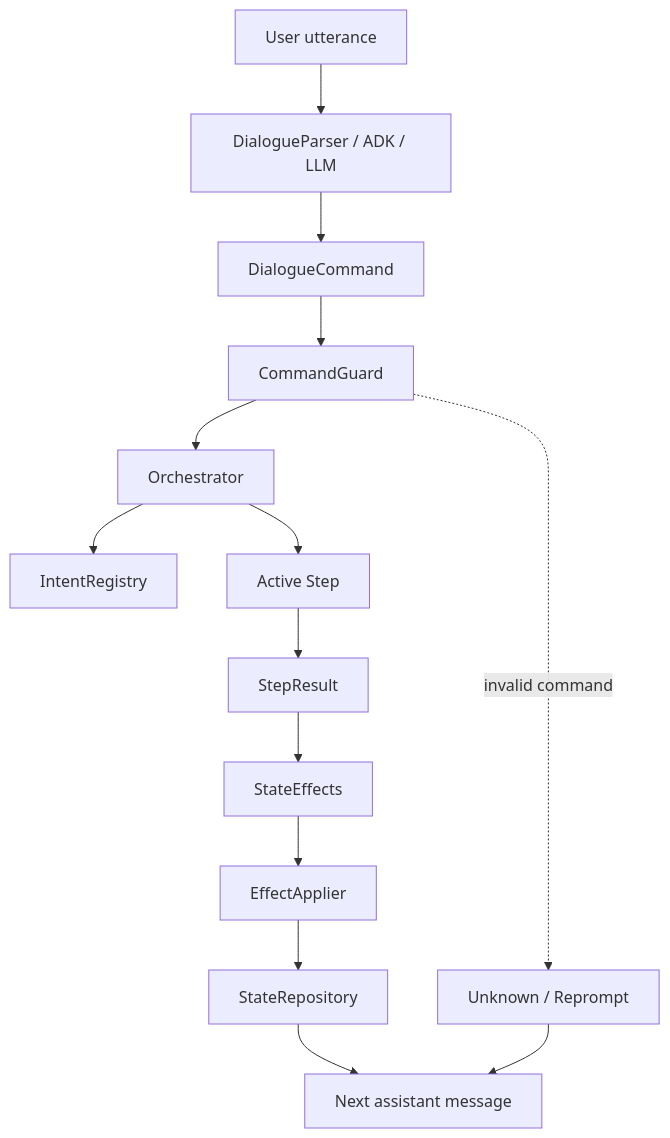
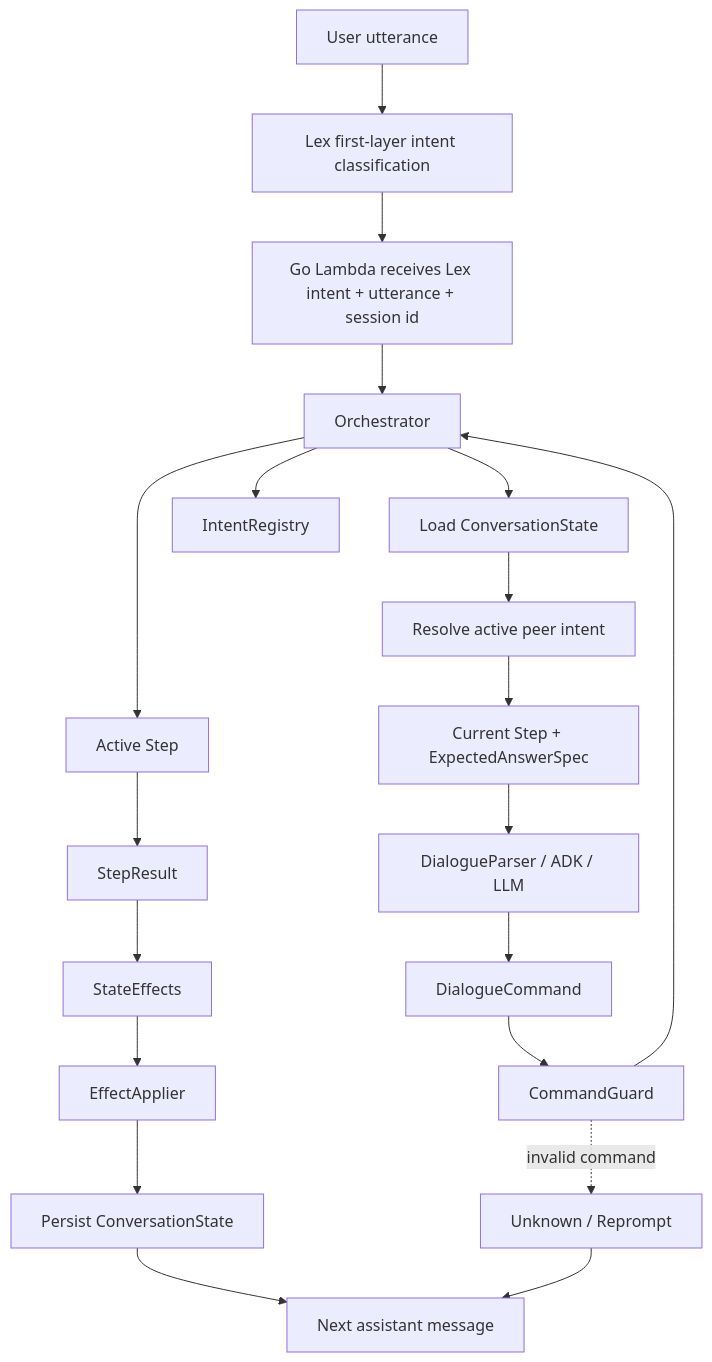
One commit to fghjkl007/adk-go-company-model-integration changed the first of 7 diagrams in docs/superpowers/specs/2026-06-07-intent-step-orchestration-confluence.md. Above: the diagram before and after it, drawn with Mermaid. The commit also changed other lines of this file, not shown here.

Commit message:
docs: clarify Lex classified intent entrypoint

````diff
--- a/docs/superpowers/specs/2026-06-07-intent-step-orchestration-confluence.md
+++ b/docs/superpowers/specs/2026-06-07-intent-step-orchestration-confluence.md
@@ -72,17 +84,23 @@
 ```mermaid
 flowchart TD
-  User["User utterance"] --> Parser["DialogueParser / ADK / LLM"]
+  User["User utterance"] --> Lex["Lex first-layer intent classification"]
+  Lex --> Lambda["Go Lambda receives Lex intent + utterance + session id"]
+  Lambda --> Orchestrator["Orchestrator"]
+  Orchestrator --> StateRepoLoad["Load ConversationState"]
+  StateRepoLoad --> ResolveIntent["Resolve active peer intent"]
+  ResolveIntent --> ExpectedSpec["Current Step + ExpectedAnswerSpec"]
+  ExpectedSpec --> Parser["DialogueParser / ADK / LLM"]
   Parser --> Command["DialogueCommand"]
   Command --> Guard["CommandGuard"]
-  Guard --> Orchestrator["Orchestrator"]
+  Guard --> Orchestrator
   Orchestrator --> IntentRegistry["IntentRegistry"]
   Orchestrator --> ActiveStep["Active Step"]
   ActiveStep --> StepResult["StepResult"]
   StepResult --> Effects["StateEffects"]
   Effects --> Applier["EffectApplier"]
-  Applier --> StateRepo["StateRepository"]
+  Applier --> StateRepo["Persist ConversationState"]
   StateRepo --> Response["Next assistant message"]
 
   Guard -. "invalid command" .-> Unknown["Unknown / Reprompt"]
   Unknown --> Response
 ```
````
